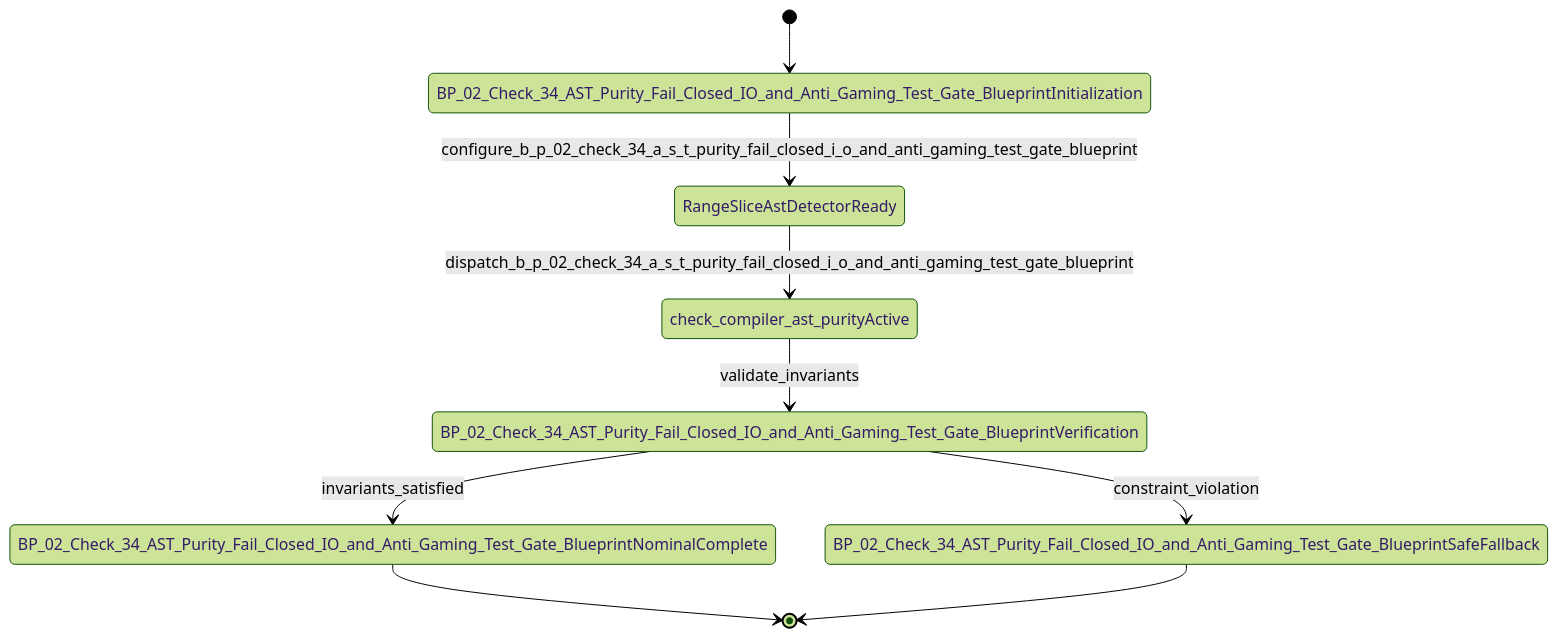
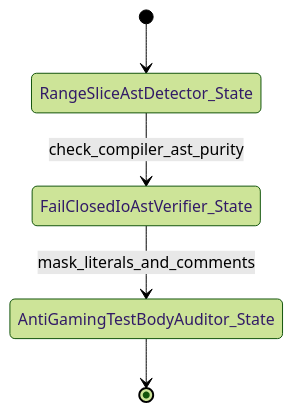
One commit to gintatkinson/DEAP01-spec-core changed the second of 2 diagrams in .pipeline/upstream/docs/epics/EPIC-02-BP_02_Check_34_AST_Purity_Fail_Closed_IO_and_Anti_Gaming_Test_Gate_Blueprint.md. Above: the diagram before and after it, drawn with Mermaid (forest theme). The commit also changed other lines of this file and 179 other files, not shown here.

Commit message:
fix(compiler): remediate upstream specification forward projection, diagram synthesis, and GitHub blob URL resolution

````diff
--- a/.pipeline/upstream/docs/epics/EPIC-02-BP_02_Check_34_AST_Purity_Fail_Closed_IO_and_Anti_Gaming_Test_Gate_Blueprint.md
+++ b/.pipeline/upstream/docs/epics/EPIC-02-BP_02_Check_34_AST_Purity_Fail_Closed_IO_and_Anti_Gaming_Test_Gate_Blueprint.md
@@ -100,11 +98,7 @@
 ```mermaid
 stateDiagram-v2
-    [*] --> BP_02_Check_34_AST_Purity_Fail_Closed_IO_and_Anti_Gaming_Test_Gate_BlueprintInitialization
-    BP_02_Check_34_AST_Purity_Fail_Closed_IO_and_Anti_Gaming_Test_Gate_BlueprintInitialization --> RangeSliceAstDetectorReady : configure_b_p_02_check_34_a_s_t_purity_fail_closed_i_o_and_anti_gaming_test_gate_blueprint
-    RangeSliceAstDetectorReady --> check_compiler_ast_purityActive : dispatch_b_p_02_check_34_a_s_t_purity_fail_closed_i_o_and_anti_gaming_test_gate_blueprint
-    check_compiler_ast_purityActive --> BP_02_Check_34_AST_Purity_Fail_Closed_IO_and_Anti_Gaming_Test_Gate_BlueprintVerification : validate_invariants
-    BP_02_Check_34_AST_Purity_Fail_Closed_IO_and_Anti_Gaming_Test_Gate_BlueprintVerification --> BP_02_Check_34_AST_Purity_Fail_Closed_IO_and_Anti_Gaming_Test_Gate_BlueprintNominalComplete : invariants_satisfied
-    BP_02_Check_34_AST_Purity_Fail_Closed_IO_and_Anti_Gaming_Test_Gate_BlueprintVerification --> BP_02_Check_34_AST_Purity_Fail_Closed_IO_and_Anti_Gaming_Test_Gate_BlueprintSafeFallback : constraint_violation
-    BP_02_Check_34_AST_Purity_Fail_Closed_IO_and_Anti_Gaming_Test_Gate_BlueprintNominalComplete --> [*]
-    BP_02_Check_34_AST_Purity_Fail_Closed_IO_and_Anti_Gaming_Test_Gate_BlueprintSafeFallback --> [*]
+    [*] --> RangeSliceAstDetector_State
+    RangeSliceAstDetector_State --> FailClosedIoAstVerifier_State : check_compiler_ast_purity
+    FailClosedIoAstVerifier_State --> AntiGamingTestBodyAuditor_State : mask_literals_and_comments
+    AntiGamingTestBodyAuditor_State --> [*]
 ```
````
